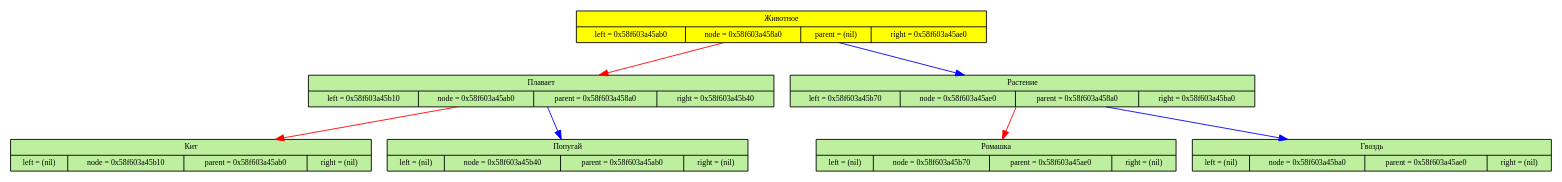
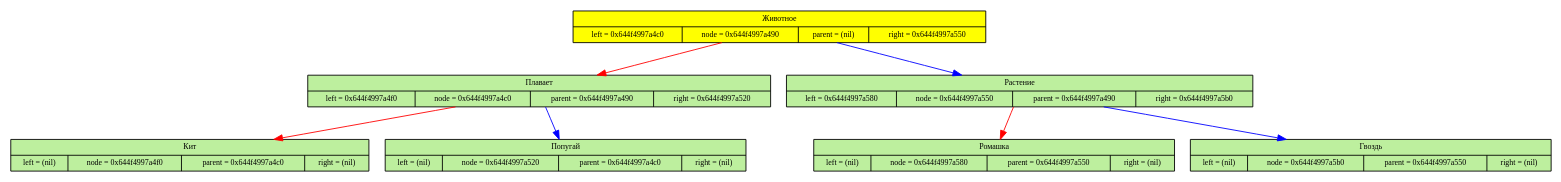
The diagram in okinator.dot (Alexandr26Starostin/okinator), drawn with Graphviz before and after one commit. The commit also changed 13 other files, not shown here.

```diff
--- a/okinator.dot
+++ b/okinator.dot
@@ -1,37 +1,37 @@
 digraph
 {
 	node[fontsize=9]
 
-	node_0x58f603a458a0 [shape=record, label = "{Животное| {left = 0x58f603a45ab0 | node = 0x58f603a458a0 | parent = (nil) | right = 0x58f603a45ae0}}" style="filled",fillcolor="yellow"]
+	node_0x644f4997a490 [shape=record, label = "{Животное| {left = 0x644f4997a4c0 | node = 0x644f4997a490 | parent = (nil) | right = 0x644f4997a550}}" style="filled",fillcolor="yellow"]
 
-	node_0x58f603a45ab0 [shape=record, label = "{Плавает| {left = 0x58f603a45b10 | node = 0x58f603a45ab0 | parent = 0x58f603a458a0 | right = 0x58f603a45b40}}" style="filled",fillcolor="#BDEF9E"]
+	node_0x644f4997a4c0 [shape=record, label = "{Плавает| {left = 0x644f4997a4f0 | node = 0x644f4997a4c0 | parent = 0x644f4997a490 | right = 0x644f4997a520}}" style="filled",fillcolor="#BDEF9E"]
 
 	edge[color="red",fontsize=12]
-	node_0x58f603a458a0 -> node_0x58f603a45ab0
+	node_0x644f4997a490 -> node_0x644f4997a4c0
 
-	node_0x58f603a45b10 [shape=record, label = "{Кит| {left = (nil) | node = 0x58f603a45b10 | parent = 0x58f603a45ab0 | right = (nil)}}" style="filled",fillcolor="#BDEF9E"]
+	node_0x644f4997a4f0 [shape=record, label = "{Кит| {left = (nil) | node = 0x644f4997a4f0 | parent = 0x644f4997a4c0 | right = (nil)}}" style="filled",fillcolor="#BDEF9E"]
 
 	edge[color="red",fontsize=12]
-	node_0x58f603a45ab0 -> node_0x58f603a45b10
+	node_0x644f4997a4c0 -> node_0x644f4997a4f0
 
-	node_0x58f603a45b40 [shape=record, label = "{Попугай| {left = (nil) | node = 0x58f603a45b40 | parent = 0x58f603a45ab0 | right = (nil)}}" style="filled",fillcolor="#BDEF9E"]
+	node_0x644f4997a520 [shape=record, label = "{Попугай| {left = (nil) | node = 0x644f4997a520 | parent = 0x644f4997a4c0 | right = (nil)}}" style="filled",fillcolor="#BDEF9E"]
 
 	edge[color="blue",fontsize=12]
-	node_0x58f603a45ab0 -> node_0x58f603a45b40
+	node_0x644f4997a4c0 -> node_0x644f4997a520
 
-	node_0x58f603a45ae0 [shape=record, label = "{Растение| {left = 0x58f603a45b70 | node = 0x58f603a45ae0 | parent = 0x58f603a458a0 | right = 0x58f603a45ba0}}" style="filled",fillcolor="#BDEF9E"]
+	node_0x644f4997a550 [shape=record, label = "{Растение| {left = 0x644f4997a580 | node = 0x644f4997a550 | parent = 0x644f4997a490 | right = 0x644f4997a5b0}}" style="filled",fillcolor="#BDEF9E"]
 
 	edge[color="blue",fontsize=12]
-	node_0x58f603a458a0 -> node_0x58f603a45ae0
+	node_0x644f4997a490 -> node_0x644f4997a550
 
-	node_0x58f603a45b70 [shape=record, label = "{Ромашка| {left = (nil) | node = 0x58f603a45b70 | parent = 0x58f603a45ae0 | right = (nil)}}" style="filled",fillcolor="#BDEF9E"]
+	node_0x644f4997a580 [shape=record, label = "{Ромашка| {left = (nil) | node = 0x644f4997a580 | parent = 0x644f4997a550 | right = (nil)}}" style="filled",fillcolor="#BDEF9E"]
 
 	edge[color="red",fontsize=12]
-	node_0x58f603a45ae0 -> node_0x58f603a45b70
+	node_0x644f4997a550 -> node_0x644f4997a580
 
-	node_0x58f603a45ba0 [shape=record, label = "{Гвоздь| {left = (nil) | node = 0x58f603a45ba0 | parent = 0x58f603a45ae0 | right = (nil)}}" style="filled",fillcolor="#BDEF9E"]
+	node_0x644f4997a5b0 [shape=record, label = "{Гвоздь| {left = (nil) | node = 0x644f4997a5b0 | parent = 0x644f4997a550 | right = (nil)}}" style="filled",fillcolor="#BDEF9E"]
 
 	edge[color="blue",fontsize=12]
-	node_0x58f603a45ae0 -> node_0x58f603a45ba0
+	node_0x644f4997a550 -> node_0x644f4997a5b0
 
 	}
```
